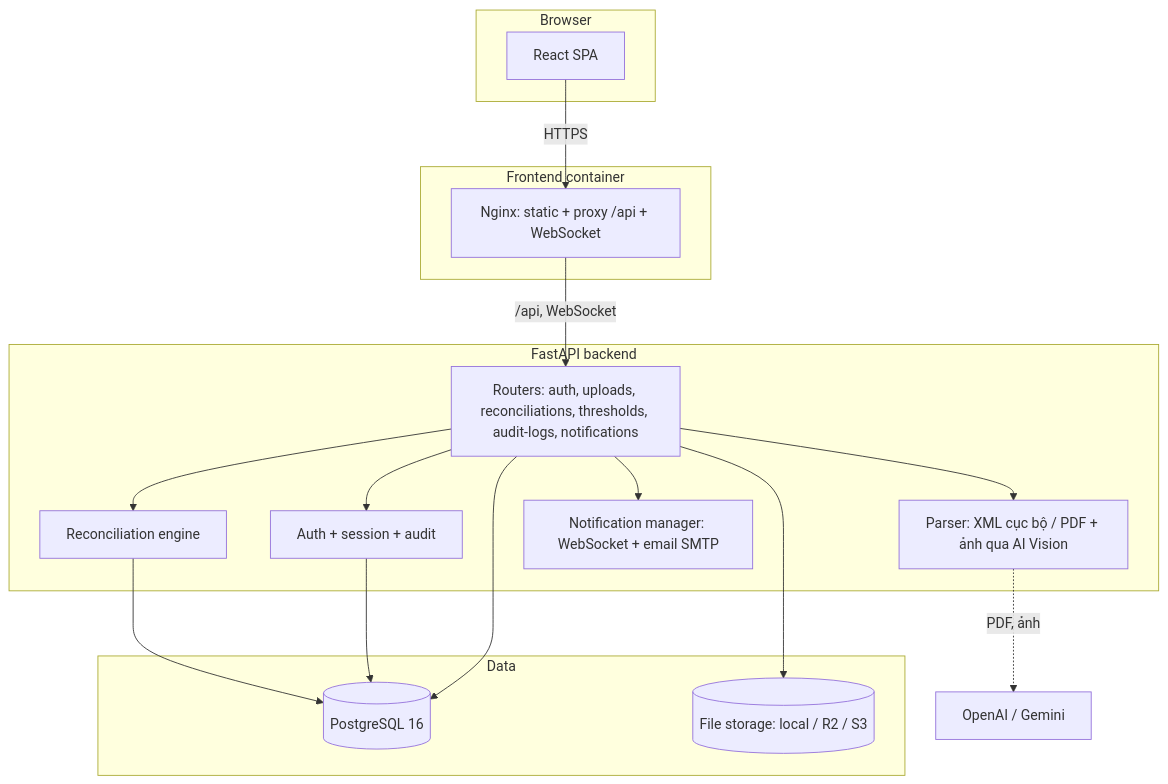
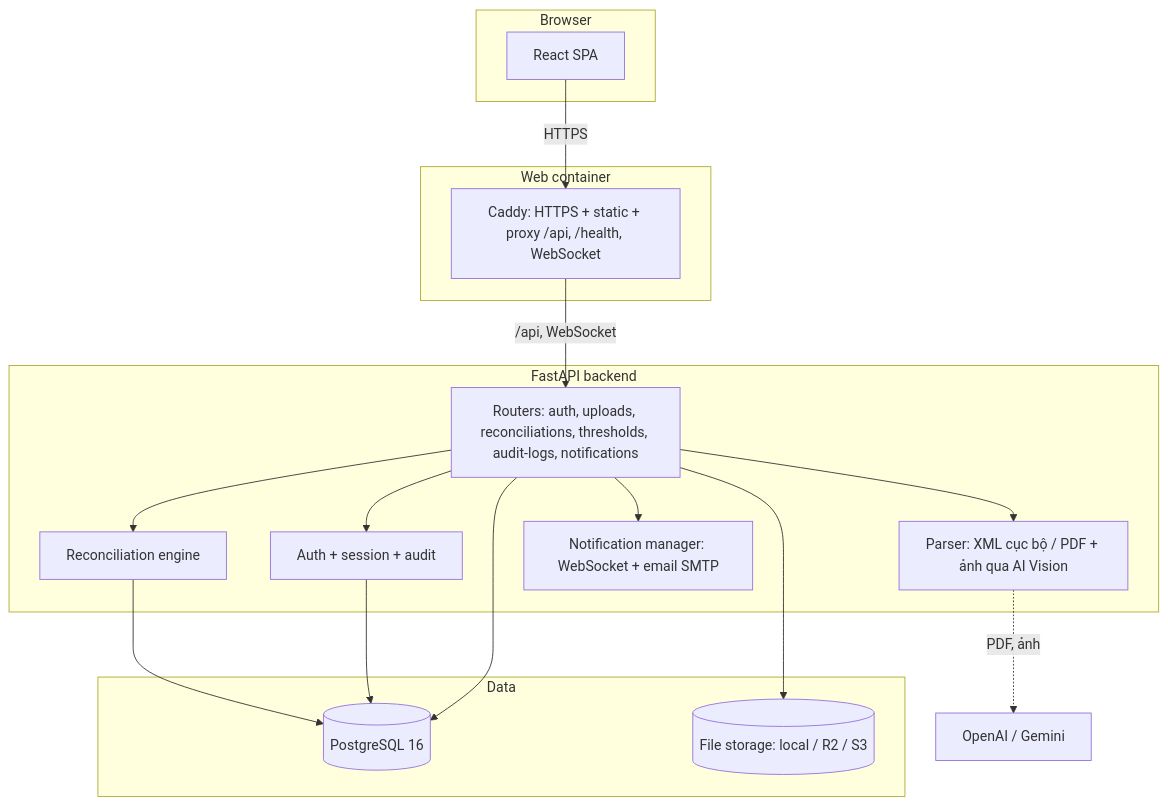
One commit to ChuThanhDung/web_thuctap changed the first of 2 diagrams in docs/ARCHITECTURE.md. Above: the diagram before and after it, drawn with Mermaid. The commit also changed other lines of this file and 28 other files, not shown here.

````diff
--- a/docs/ARCHITECTURE.md
+++ b/docs/ARCHITECTURE.md
@@ -9,37 +9,37 @@
 ```mermaid
 graph TB
     subgraph Browser
         SPA[React SPA]
     end
 
-    subgraph Edge[Frontend container]
-        NGINX[Nginx: static + proxy /api + WebSocket]
+    subgraph Edge[Web container]
+        CADDY[Caddy: HTTPS + static + proxy /api, /health, WebSocket]
     end
 
     subgraph Backend[FastAPI backend]
         API[Routers: auth, uploads, reconciliations, thresholds, audit-logs, notifications]
         PARSE[Parser: XML cục bộ / PDF + ảnh qua AI Vision]
         ENGINE[Reconciliation engine]
         AUTHSVC[Auth + session + audit]
         NOTIFY[Notification manager: WebSocket + email SMTP]
     end
 
     subgraph Data
         PG[(PostgreSQL 16)]
         OBJ[(File storage: local / R2 / S3)]
     end
 
     AI[OpenAI / Gemini]
 
-    SPA -->|HTTPS| NGINX
-    NGINX -->|/api, WebSocket| API
+    SPA -->|HTTPS| CADDY
+    CADDY -->|/api, WebSocket| API
     API --> PARSE
     PARSE -.->|PDF, ảnh| AI
     API --> ENGINE
     API --> AUTHSVC
     API --> NOTIFY
     ENGINE --> PG
     AUTHSVC --> PG
     API --> PG
     API --> OBJ
 ```
````
